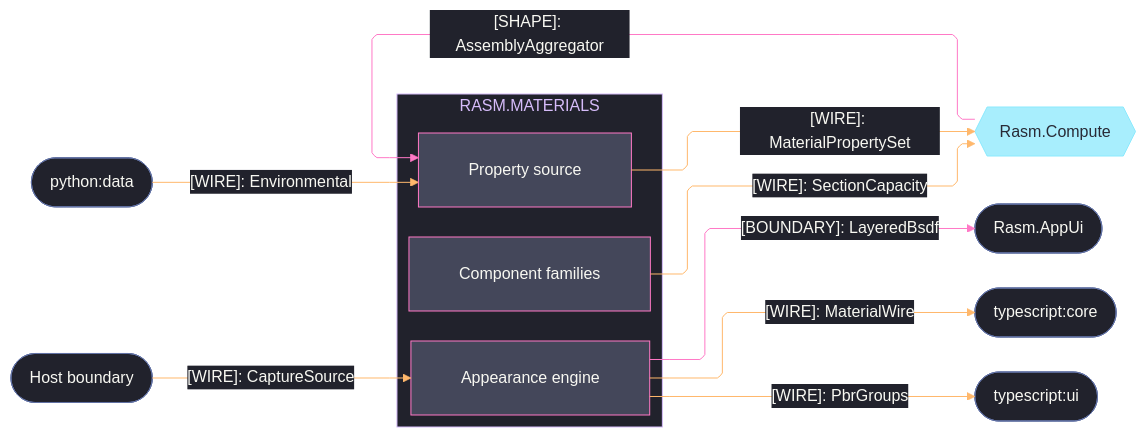
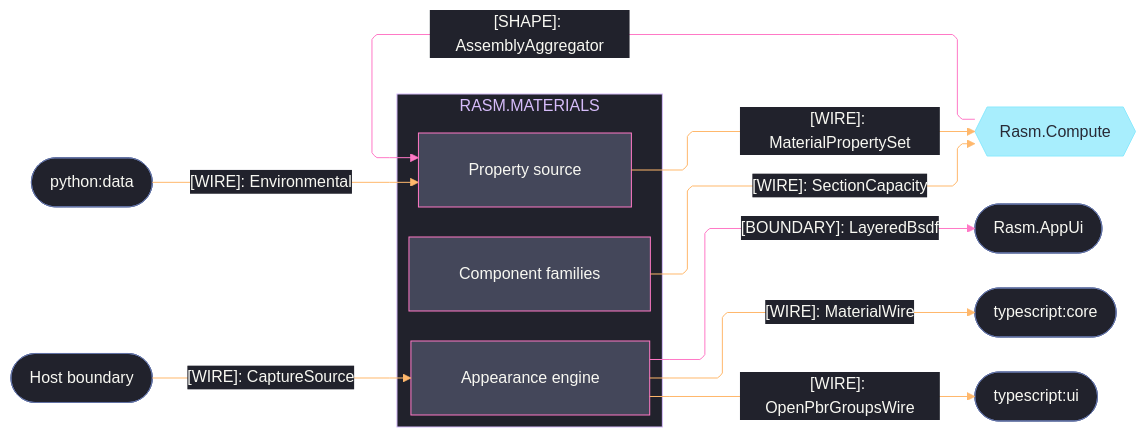
Before and after one commit to bsamiee/Rasm: the third of 3 diagrams in libs/csharp/Rasm.Materials/ARCHITECTURE.md, drawn with Mermaid. The commit also changed other lines of this file and 24 other files, not shown here.

Commit message:
architecture: seam registries + codemaps aligned across the estate (worker fabric edges, scene rows, csharp/ts seam mirrors)

````diff
--- a/libs/csharp/Rasm.Materials/ARCHITECTURE.md
+++ b/libs/csharp/Rasm.Materials/ARCHITECTURE.md
@@ -104,60 +171,60 @@
 ```mermaid
 ---
 config:
   theme: base
   look: classic
   layout: elk
   flowchart:
     curve: linear
     padding: 25
   themeVariables:
     darkMode: true
     fontFamily: "SF Mono, Menlo, Cascadia Mono, Segoe UI Mono, Consolas, monospace"
     useGradient: false
     dropShadow: "none"
     background: "#282A36"
     primaryColor: "#44475A"
     primaryTextColor: "#F8F8F2"
     primaryBorderColor: "#BD93F9"
     lineColor: "#FF79C6"
     textColor: "#F8F8F2"
     clusterBkg: "#21222C"
     clusterBorder: "#D6BCFA"
     edgeLabelBackground: "#21222C"
     labelBackgroundColor: "#21222C"
     titleColor: "#D6BCFA"
   themeCSS: ".nodeLabel{font-size:13px;font-weight:500}.edgeLabel{font-size:12px;font-weight:500}.cluster-label .nodeLabel{font-size:13.5px;font-weight:700;letter-spacing:.08em}.edge-thickness-normal{stroke-width:2px}.edge-thickness-thick{stroke-width:3px}.edge-pattern-dashed,.edge-pattern-dotted{stroke-width:1.5px;stroke-dasharray:4 6}.node rect,.node circle,.node polygon,.node path,.node .outer-path{stroke-width:1.5px;filter:none!important}.cluster rect{stroke-width:1px!important;stroke-dasharray:5 4!important;filter:none!important}.marker path{transform:scale(.8);transform-origin:5px 5px}.marker circle{transform:scale(.48);transform-origin:5px 5px}.edgeLabel rect{transform-box:fill-box;transform-origin:center;transform:scale(1.1,1.2)}"
 ---
 flowchart LR
     accTitle: Materials platform, compute, and cross-runtime seams
     accDescr: Materials sub-domain owners exchanging capacity, property, appearance, and capture wires with compute, the render host, the Python data peer, and the TypeScript core and viewer peers, edge rails colored by kind and nodes classed by seam direction.
     subgraph materials[RASM.MATERIALS]
         Component[Component families]
         Properties[Property source]
         Appearance[Appearance engine]
     end
     Compute{{Rasm.Compute}}
     AppUi([Rasm.AppUi])
     DataPeer([python:data])
     Core([typescript:core])
     Ui([typescript:ui])
     Host([Host boundary])
     Component e1@-->|"[WIRE]: SectionCapacity"| Compute
     Properties e2@-->|"[WIRE]: MaterialPropertySet"| Compute
     Compute e3@-->|"[SHAPE]: AssemblyAggregator"| Properties
     DataPeer e4@-->|"[WIRE]: Environmental"| Properties
     Appearance e5@-->|"[BOUNDARY]: LayeredBsdf"| AppUi
     Appearance e6@-->|"[WIRE]: MaterialWire"| Core
-    Appearance e7@-->|"[WIRE]: PbrGroups"| Ui
+    Appearance e7@-->|"[WIRE]: OpenPbrGroupsWire"| Ui
     Host e8@-->|"[WIRE]: CaptureSource"| Appearance
     classDef primary fill:#44475A,stroke:#FF79C6,color:#F8F8F2
     classDef external fill:#8BE9FDBF,stroke:#8BE9FD,color:#282A36
     classDef annotation fill:#21222C,stroke:#6272A4,color:#F8F8F2
     classDef edgeData stroke:#FFB86C,color:#F8F8F2
     classDef edgeControl stroke:#FF79C6,color:#F8F8F2
     class Component,Properties,Appearance primary
     class Compute external
     class AppUi,DataPeer,Core,Ui,Host annotation
     class e3,e5 edgeControl
     class e1,e2,e4,e6,e7,e8 edgeData
 ```
````
